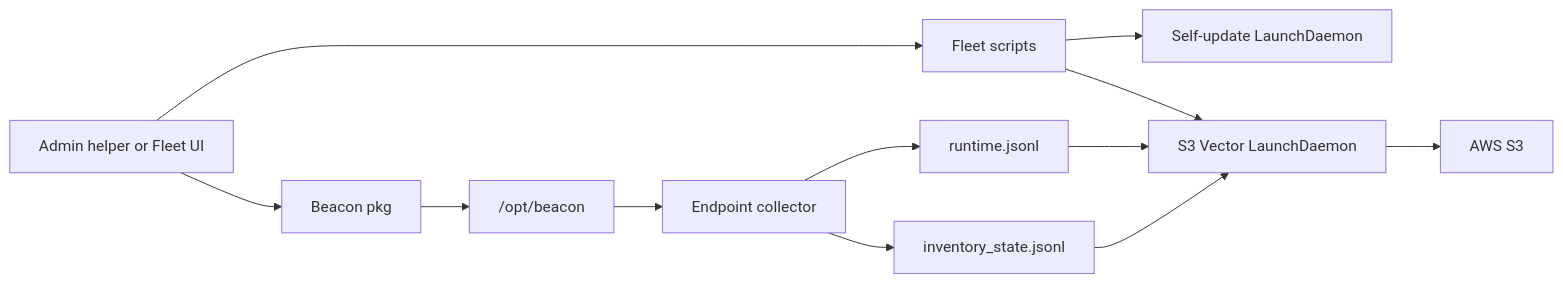
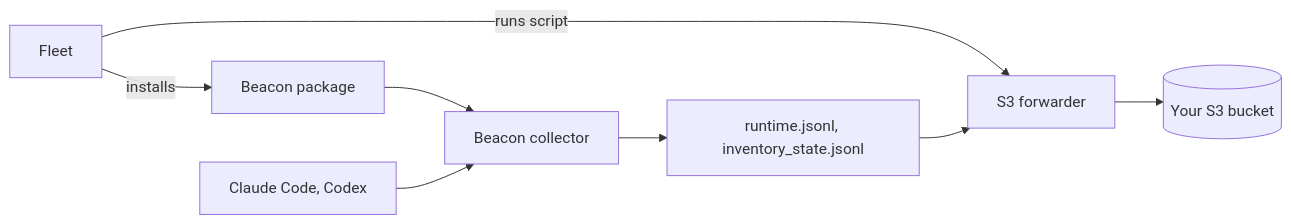
The diagram in docs/guides/fleet-s3-mdm.mdx (Asymptote-Labs/agent-beacon), drawn with Mermaid before and after one commit. The commit also changed other lines of this file and 10 other files, not shown here.

````diff
--- a/docs/guides/fleet-s3-mdm.mdx
+++ b/docs/guides/fleet-s3-mdm.mdx
@@ -23,14 +24,10 @@
 ```mermaid
 flowchart LR
-  Admin[Admin helper or Fleet UI] --> Pkg[Beacon pkg]
-  Admin --> Scripts[Fleet scripts]
-  Pkg --> Beacon["/opt/beacon"]
-  Beacon --> Collector[Endpoint collector]
-  Collector --> Runtime["runtime.jsonl"]
-  Collector --> Inventory["inventory_state.jsonl"]
-  Scripts --> Updates[Self-update LaunchDaemon]
-  Scripts --> Vector[S3 Vector LaunchDaemon]
-  Runtime --> Vector
-  Inventory --> Vector
-  Vector --> S3[AWS S3]
+  Fleet[Fleet] -->|installs| Pkg[Beacon package]
+  Fleet -->|runs script| Fwd[S3 forwarder]
+  Pkg --> Collector[Beacon collector]
+  Agents[Claude Code, Codex] --> Collector
+  Collector --> Logs["runtime.jsonl, inventory_state.jsonl"]
+  Logs --> Fwd
+  Fwd --> S3[(Your S3 bucket)]
 ```
````
